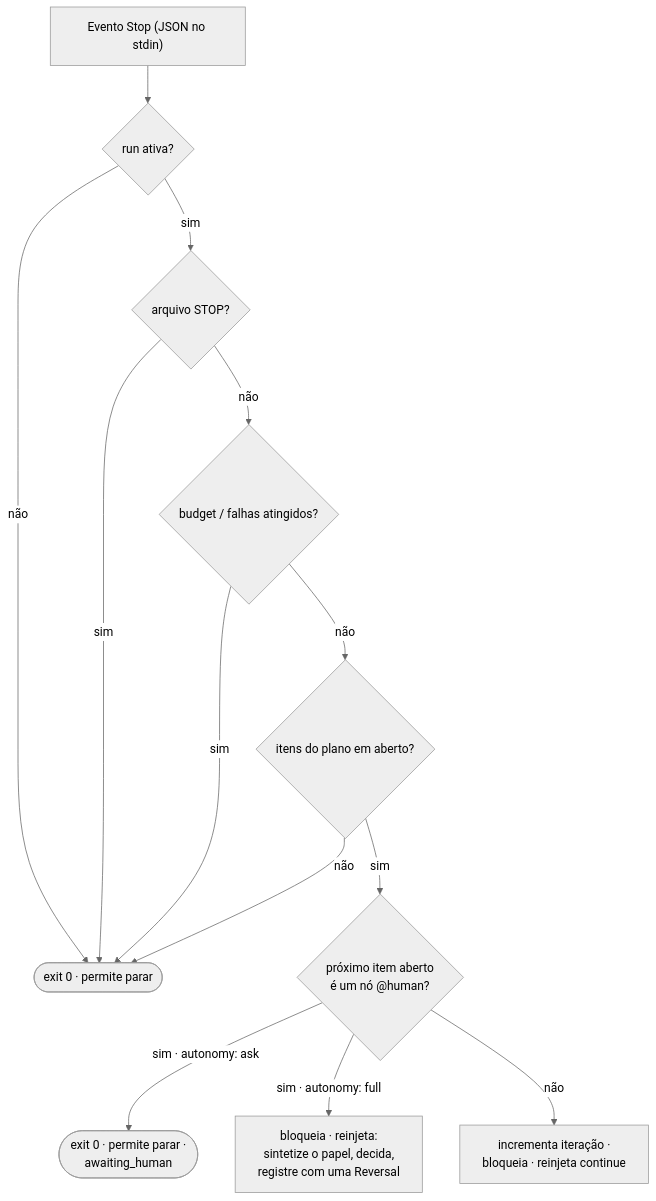
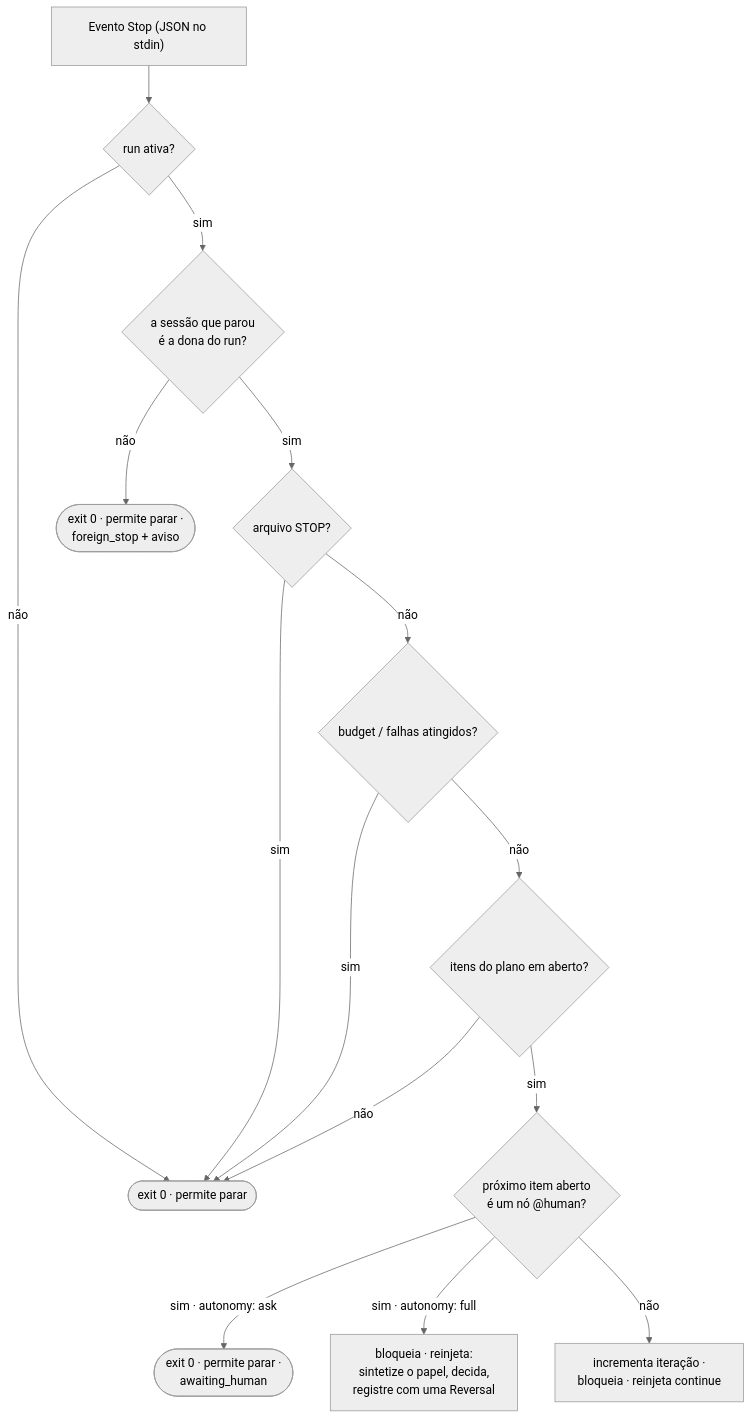
Before and after one commit to Jonhvmp/leopold: the first of 2 diagrams in docs/reference/hooks.pt-BR.md, drawn with Mermaid (neutral theme). The commit also changed other lines of this file and 32 other files, not shown here.

````diff
--- a/docs/reference/hooks.pt-BR.md
+++ b/docs/reference/hooks.pt-BR.md
@@ -22,15 +22,17 @@
 ```mermaid
 flowchart TD
     In["Evento Stop (JSON no stdin)"] --> Active{run ativa?}
     Active -- não --> Allow([exit 0 · permite parar])
-    Active -- sim --> Kill{arquivo STOP?}
+    Active -- sim --> Owner{"a sessão que parou<br/>é a dona do run?"}
+    Owner -- não --> Foreign(["exit 0 · permite parar ·<br/>foreign_stop + aviso"])
+    Owner -- sim --> Kill{arquivo STOP?}
     Kill -- sim --> Allow
     Kill -- não --> Budget{budget / falhas atingidos?}
     Budget -- sim --> Allow
     Budget -- não --> Plan{itens do plano em aberto?}
     Plan -- não --> Allow
     Plan -- sim --> Human{"próximo item aberto<br/>é um nó @human?"}
     Human -- "sim · autonomy: ask" --> Ask(["exit 0 · permite parar ·<br/>awaiting_human"])
     Human -- "sim · autonomy: full" --> Persona["bloqueia · reinjeta:<br/>sintetize o papel, decida,<br/>registre com uma Reversal"]
     Human -- não --> Block["incrementa iteração ·<br/>bloqueia · reinjeta continue"]
 ```
````
